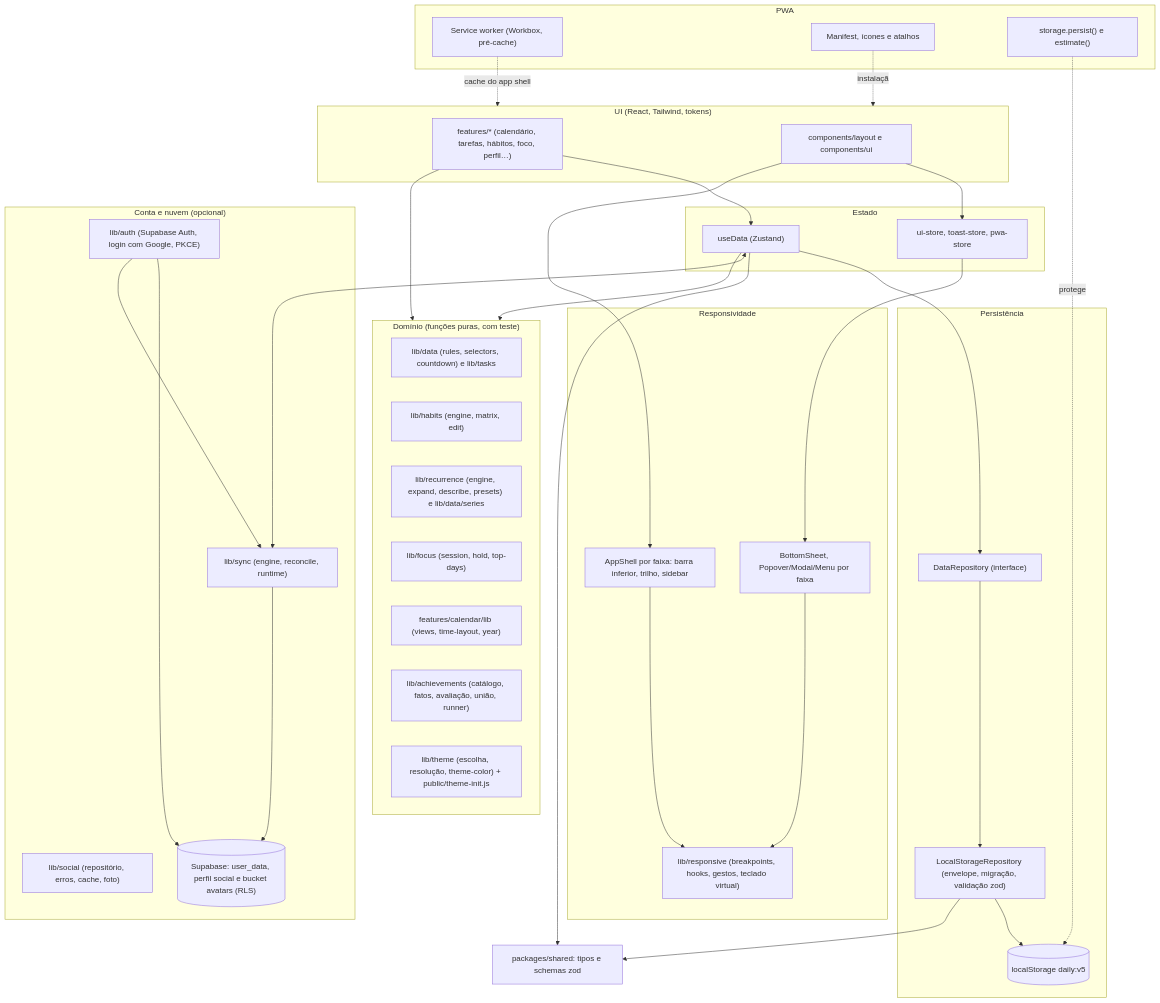
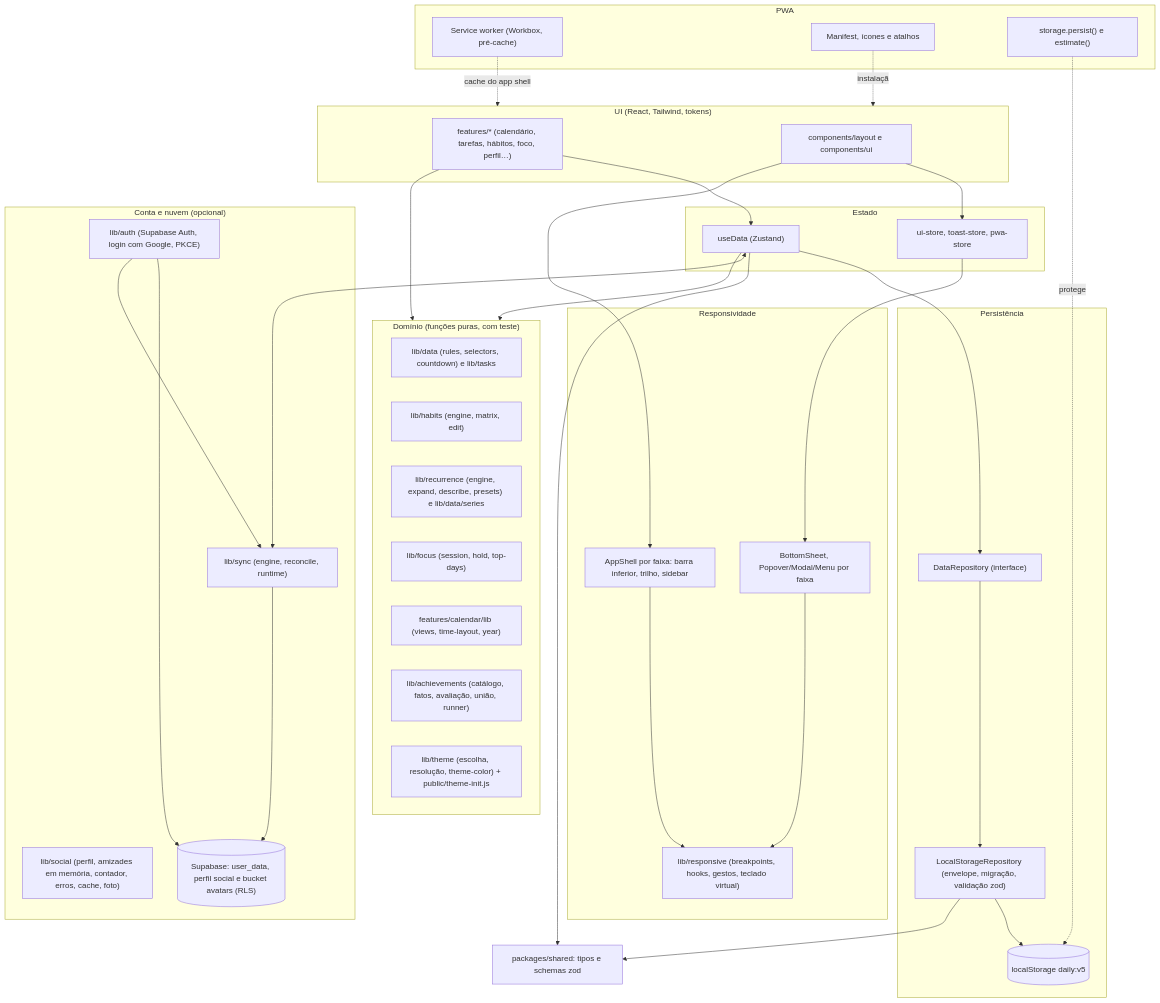
The diagram in docs/architecture.md (Mateus-Fonseca847/daily-study-planner), drawn with Mermaid before and after one commit. The commit also changed other lines of this file and 10 other files, not shown here.

````diff
--- a/docs/architecture.md
+++ b/docs/architecture.md
@@ -7,63 +7,63 @@
 ```mermaid
 flowchart TB
   subgraph UI["UI (React, Tailwind, tokens)"]
     Pages["features/* (calendário, tarefas, hábitos, foco, perfil…)"]
     Layout["components/layout e components/ui"]
   end
   subgraph Domain["Domínio (funções puras, com teste)"]
     Rules["lib/data (rules, selectors, countdown) e lib/tasks"]
     Habits["lib/habits (engine, matrix, edit)"]
     Recur["lib/recurrence (engine, expand, describe, presets) e lib/data/series"]
     Focus["lib/focus (session, hold, top-days)"]
     Cal["features/calendar/lib (views, time-layout, year)"]
     Achv["lib/achievements (catálogo, fatos, avaliação, união, runner)"]
     Theme["lib/theme (escolha, resolução, theme-color) + public/theme-init.js"]
   end
   subgraph Store["Estado"]
     Zustand["useData (Zustand)"]
     UiStore["ui-store, toast-store, pwa-store"]
   end
   subgraph Persistence["Persistência"]
     Repo["DataRepository (interface)"]
     LS["LocalStorageRepository (envelope, migração, validação zod)"]
     Storage[("localStorage daily:v5")]
   end
   subgraph Cloud["Conta e nuvem (opcional)"]
     Auth["lib/auth (Supabase Auth, login com Google, PKCE)"]
     Sync["lib/sync (engine, reconcile, runtime)"]
-    Social["lib/social (repositório, erros, cache, foto)"]
+    Social["lib/social (perfil, amizades em memória, contador, erros, cache, foto)"]
     Supa[("Supabase: user_data, perfil social e bucket avatars (RLS)")]
   end
   subgraph Resp["Responsividade"]
     Bp["lib/responsive (breakpoints, hooks, gestos, teclado virtual)"]
     Sheets["BottomSheet, Popover/Modal/Menu por faixa"]
     Shell["AppShell por faixa: barra inferior, trilho, sidebar"]
   end
   subgraph PWA["PWA"]
     SW["Service worker (Workbox, pré-cache)"]
     Manifest["Manifest, ícones e atalhos"]
     Persist["storage.persist() e estimate()"]
   end
   Shared["packages/shared: tipos e schemas zod"]
 
   Pages --> Zustand
   Layout --> UiStore
   Pages --> Domain
   Zustand --> Domain
   Zustand --> Repo
   Repo --> LS
   LS --> Storage
   LS --> Shared
   Zustand --> Shared
   Zustand <--> Sync
   Sync --> Supa
   Auth --> Supa
   Auth --> Sync
   Layout --> Shell
   Shell --> Bp
   Sheets --> Bp
   UiStore --> Sheets
   SW -.cache do app shell.-> UI
   Persist -.protege.-> Storage
   Manifest -.instalação.-> UI
 ```
````
